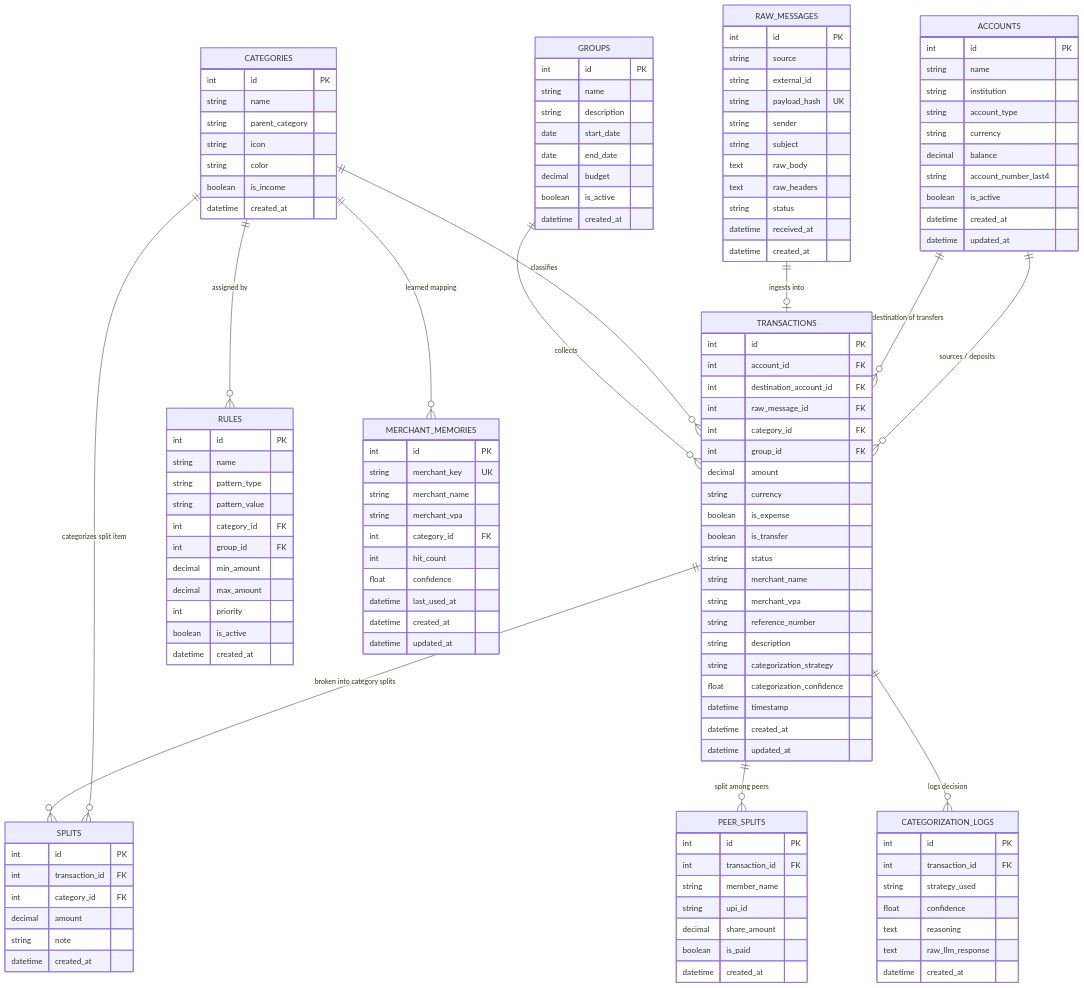
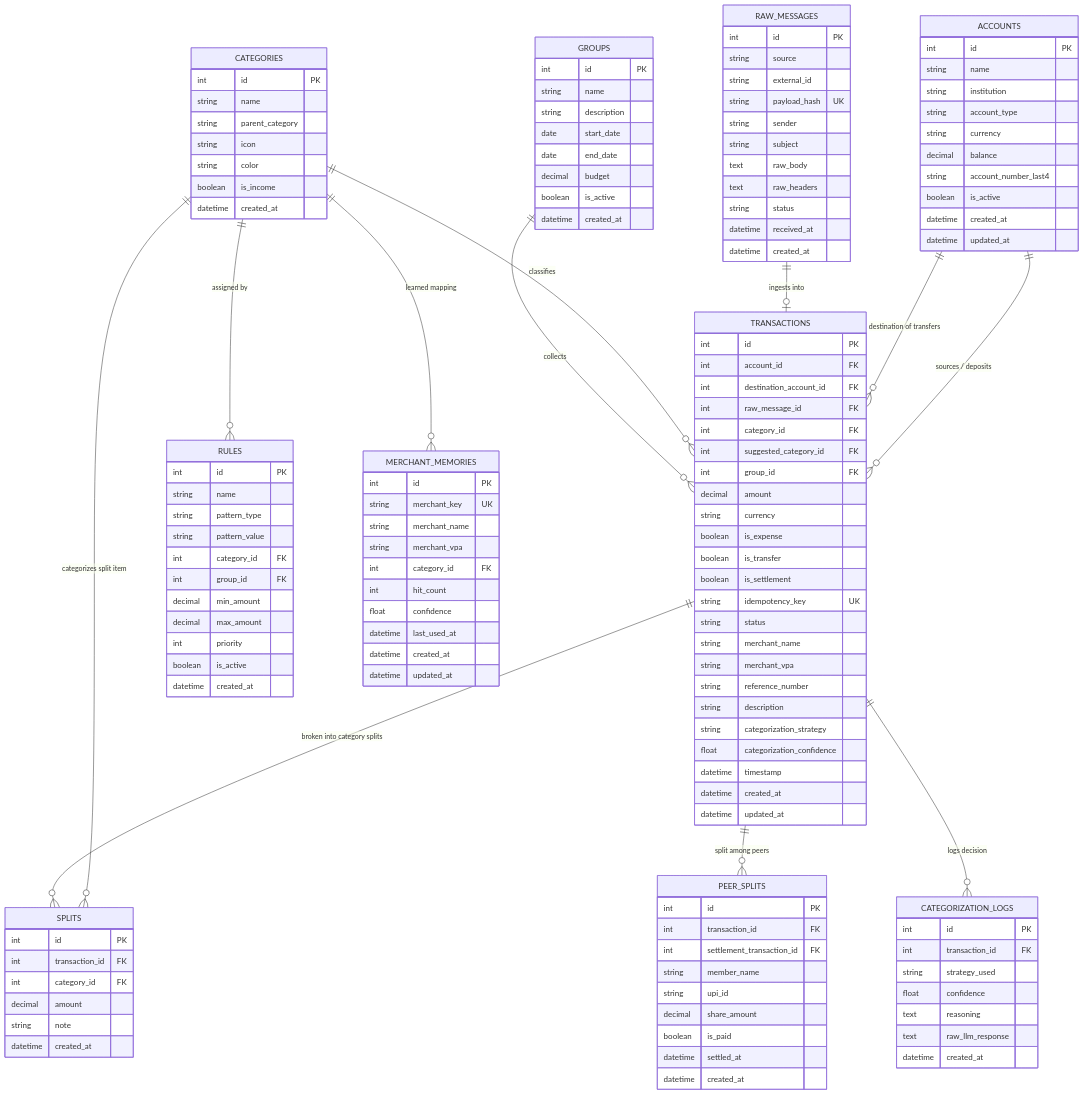
Before and after one commit to akkolluru/Expense-Tracker: the diagram in docs/DATA_MODEL.md, drawn with Mermaid. The commit also changed other lines of this file and 6 other files, not shown here.

```diff
--- a/docs/DATA_MODEL.md
+++ b/docs/DATA_MODEL.md
@@ -73,11 +73,14 @@
         int destination_account_id FK
         int raw_message_id FK
         int category_id FK
+        int suggested_category_id FK
         int group_id FK
         decimal amount
         string currency
         boolean is_expense
         boolean is_transfer
+        boolean is_settlement
+        string idempotency_key UK
         string status
         string merchant_name
         string merchant_vpa
@@ -102,10 +105,12 @@
     PEER_SPLITS {
         int id PK
         int transaction_id FK
+        int settlement_transaction_id FK
         string member_name
         string upi_id
         decimal share_amount
         boolean is_paid
+        datetime settled_at
         datetime created_at
     }
 
```
